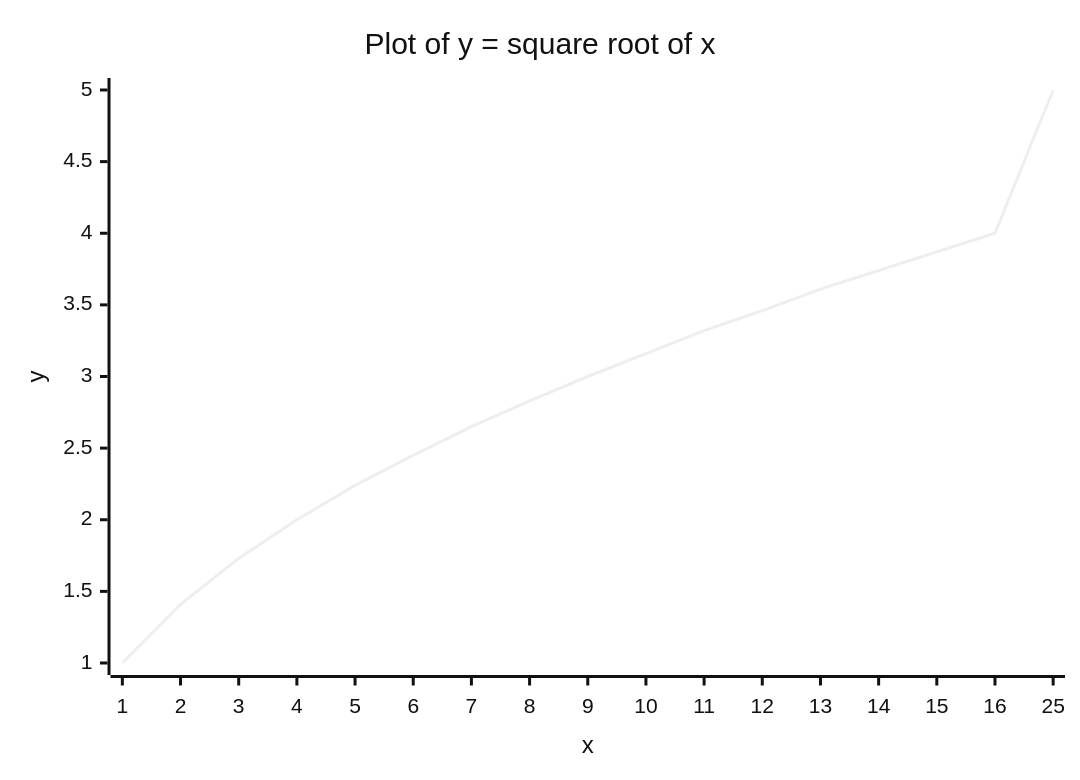
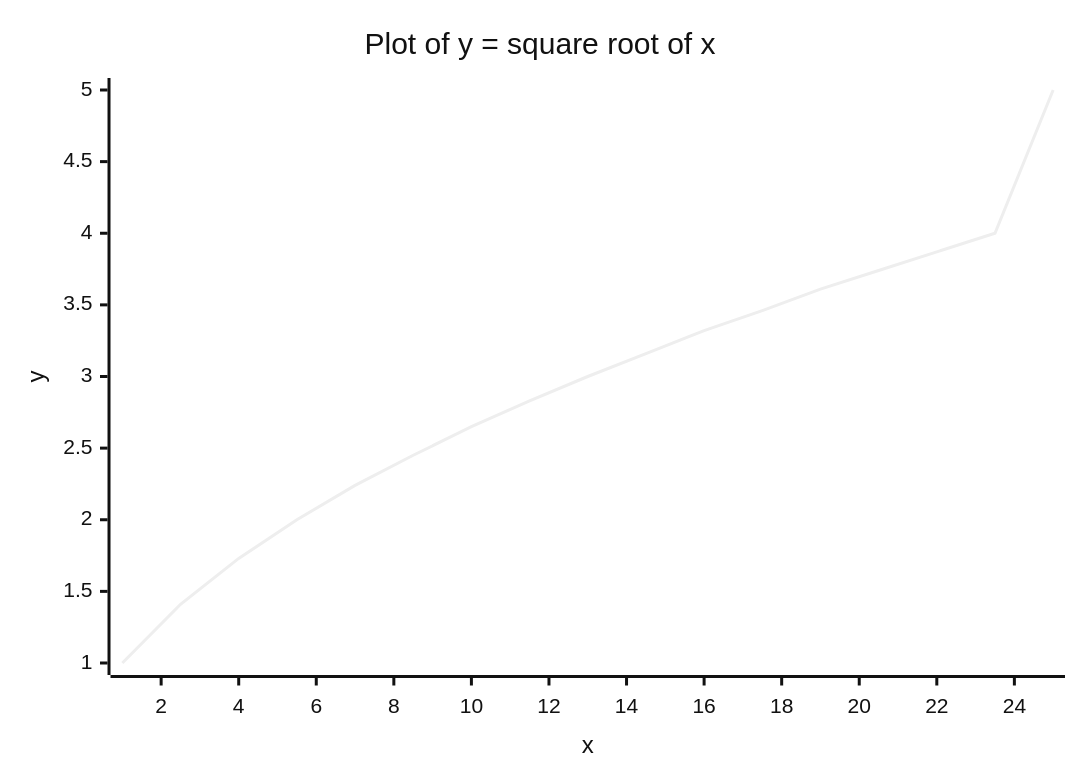
Before and after one commit to wayne-whitley/simple-initial-repository: the diagram in README.md, drawn with Mermaid (neutral theme).

````diff
--- a/README.md
+++ b/README.md
@@ -7,7 +7,7 @@
 ```mermaid
 xychart-beta
     title "Plot of y = square root of x"
-    x-axis "x" [1, 2, 3, 4, 5, 6, 7, 8, 9, 10, 11, 12, 13, 14, 15, 16, 25]
+    x-axis "x" 1 --> 25
     y-axis "y" 1 --> 5
     line [1.0, 1.41, 1.73, 2.0, 2.24, 2.45, 2.65, 2.83, 3.0, 3.16, 3.32, 3.46, 3.61, 3.74, 3.87, 4.0, 5.0]
 ```
````
